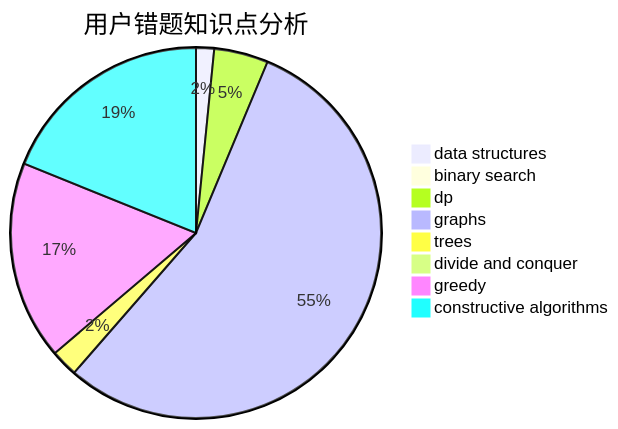
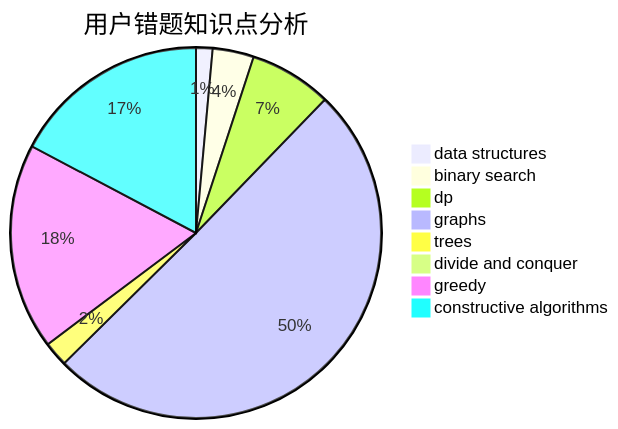
Before and after one commit to sherpahu/cfrs.github.io: the third of 3 diagrams in docs/user/u330.md, drawn with Mermaid. The commit also changed other lines of this file and 2770 other files, not shown here.

````diff
--- a/docs/user/u330.md
+++ b/docs/user/u330.md
@@ -36,11 +36,11 @@
 ```mermaid
 pie title 用户错题知识点分析
     "data structures" :  2
-    "binary search" :  0
-    "dp" :  6
+    "binary search" :  5
+    "dp" :  10
     "graphs" :  70
     "trees" :  3
     "divide and conquer" :  0
-    "greedy" :  22
+    "greedy" :  25
     "constructive algorithms" :  24
 ```
````
